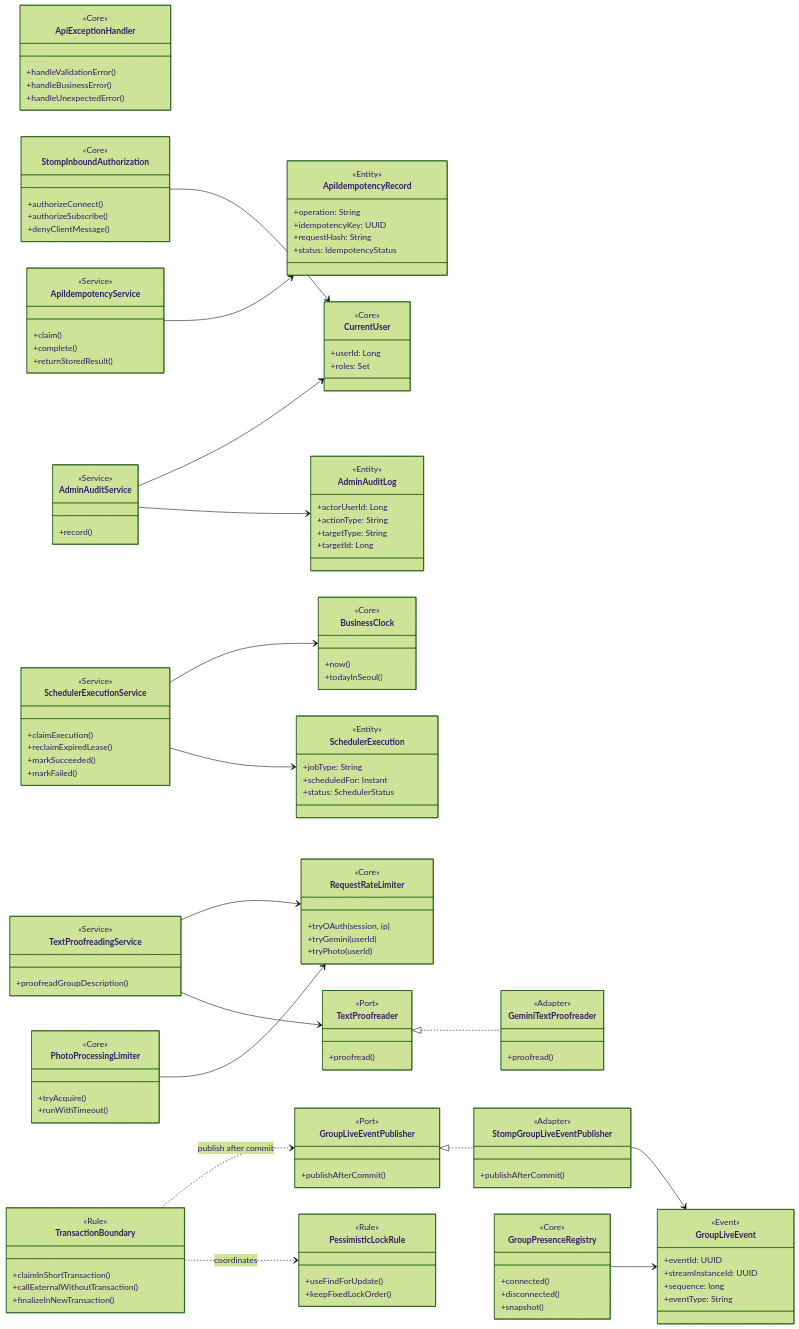
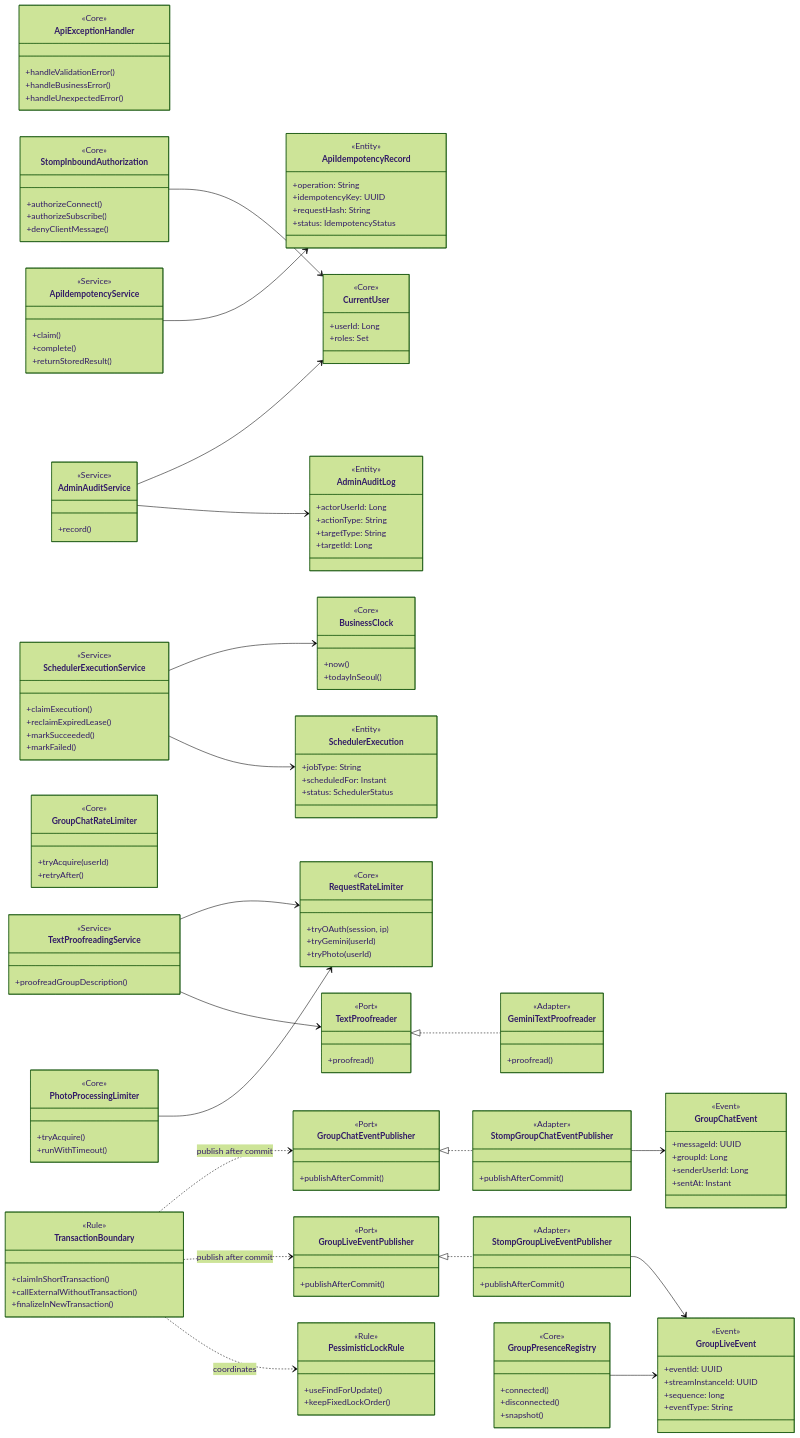
Before and after one commit to heebaek200/shared-creature-game: the fourth of 4 diagrams in docs/class-diagram.md, drawn with Mermaid (forest theme). The commit also changed other lines of this file and 8 other files, not shown here.

````diff
--- a/docs/class-diagram.md
+++ b/docs/class-diagram.md
@@ -620,6 +673,14 @@
         <<Adapter>>
         +publishAfterCommit()
     }
+    class GroupChatEventPublisher {
+        <<Port>>
+        +publishAfterCommit()
+    }
+    class StompGroupChatEventPublisher {
+        <<Adapter>>
+        +publishAfterCommit()
+    }
     class GroupPresenceRegistry {
         <<Core>>
         +connected()
@@ -631,6 +692,11 @@
         +tryOAuth(session, ip)
         +tryGemini(userId)
         +tryPhoto(userId)
+    }
+    class GroupChatRateLimiter {
+        <<Core>>
+        +tryAcquire(userId)
+        +retryAfter()
     }
     class StompInboundAuthorization {
         <<Core>>
@@ -649,6 +715,13 @@
         +streamInstanceId: UUID
         +sequence: long
         +eventType: String
+    }
+    class GroupChatEvent {
+        <<Event>>
+        +messageId: UUID
+        +groupId: Long
+        +senderUserId: Long
+        +sentAt: Instant
     }
     class SchedulerExecution {
         <<Entity>>
@@ -677,6 +750,8 @@
 
     GroupLiveEventPublisher <|.. StompGroupLiveEventPublisher
     StompGroupLiveEventPublisher --> GroupLiveEvent
+    GroupChatEventPublisher <|.. StompGroupChatEventPublisher
+    StompGroupChatEventPublisher --> GroupChatEvent
     GroupPresenceRegistry --> GroupLiveEvent
     SchedulerExecutionService --> SchedulerExecution
     AdminAuditService --> AdminAuditLog
@@ -690,4 +765,5 @@
     AdminAuditService --> CurrentUser
     TransactionBoundary ..> PessimisticLockRule : coordinates
     TransactionBoundary ..> GroupLiveEventPublisher : publish after commit
+    TransactionBoundary ..> GroupChatEventPublisher : publish after commit
 ```
````
